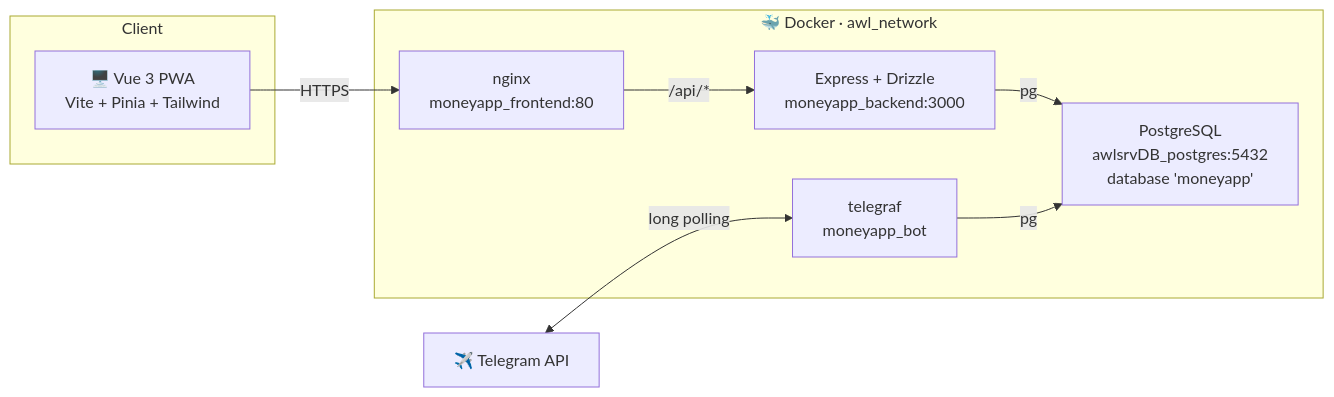
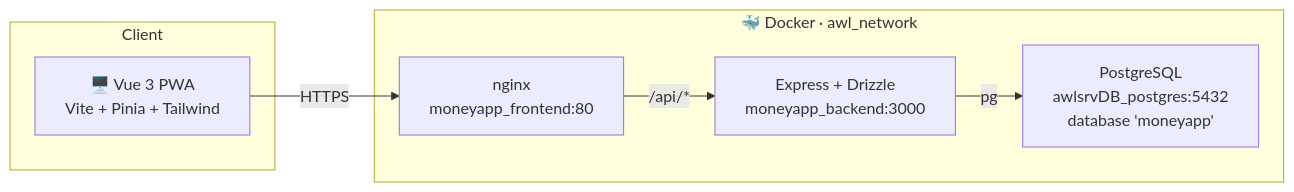
The first of 2 diagrams in README.md (moablive/LBS_MoneyAPP), drawn with Mermaid before and after one commit. The commit also changed other lines of this file and 27 other files, not shown here.

First line of the commit message:
chore: extrair o bot do Telegram para repositorio proprio (MoneyAPP_BOT)

````diff
--- a/README.md
+++ b/README.md
@@ -190,21 +180,17 @@
 ```mermaid
 flowchart LR
   subgraph Client
     PWA["🖥️ Vue 3 PWA<br/>Vite + Pinia + Tailwind"]
   end
 
-  TG["✈️ Telegram API"]
 
   subgraph awl_network["🐳 Docker · awl_network"]
     NGINX["nginx<br/>moneyapp_frontend:80"]
     API["Express + Drizzle<br/>moneyapp_backend:3000"]
-    BOT["telegraf<br/>moneyapp_bot"]
     PG["PostgreSQL<br/>awlsrvDB_postgres:5432<br/>database 'moneyapp'"]
   end
 
   PWA -- "HTTPS" --> NGINX
   NGINX -- "/api/*" --> API
   API -- "pg" --> PG
-  TG <-- "long polling" --> BOT
-  BOT -- "pg" --> PG
 ```
````
